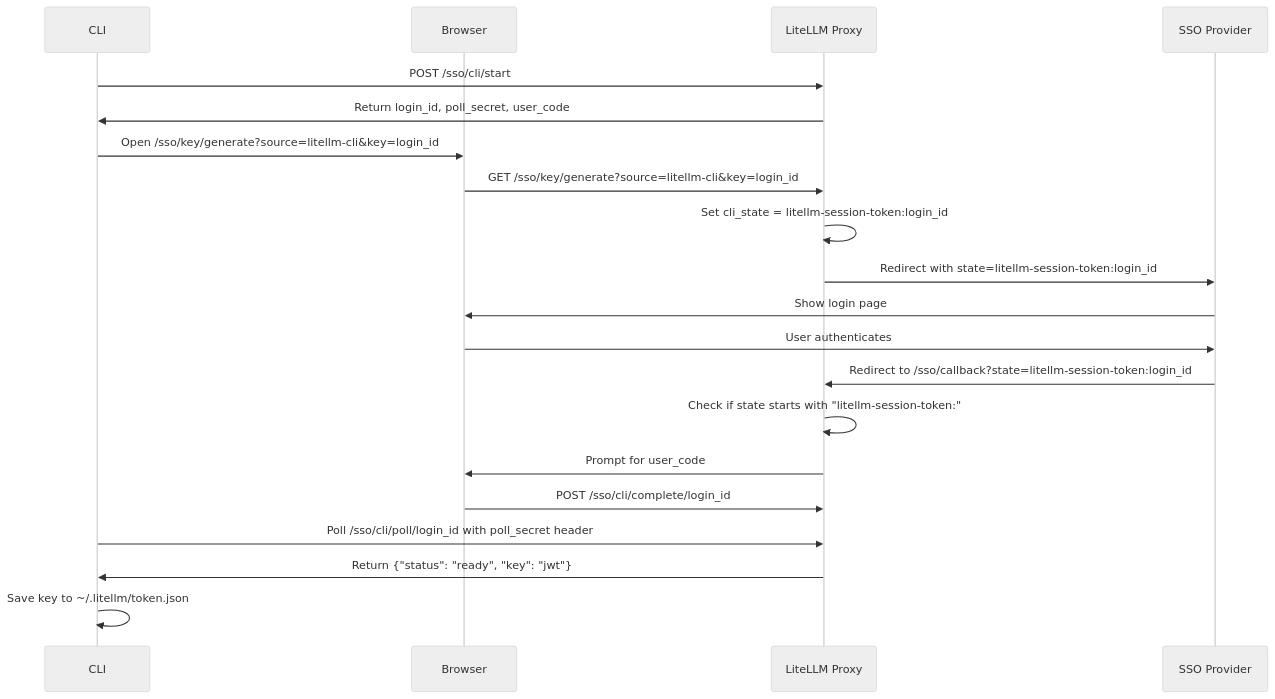
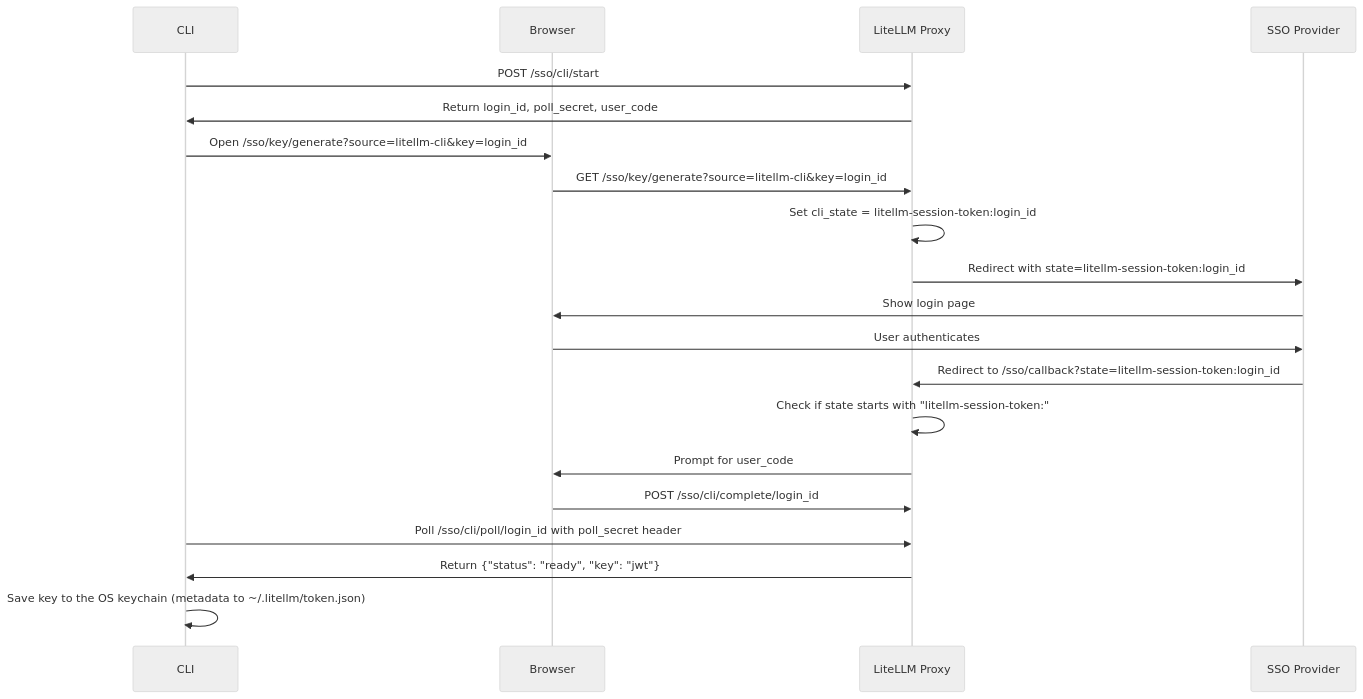
The diagram in litellm/proxy/client/README.md (BerriAI/litellm), drawn with Mermaid (neutral theme) before and after one commit. The commit also changed other lines of this file and 21 other files, not shown here.

First line of the commit message:
feat(cli): store the lite login credential in the OS keychain

````diff
--- a/litellm/proxy/client/README.md
+++ b/litellm/proxy/client/README.md
@@ -309,27 +309,27 @@
 ```mermaid
 sequenceDiagram
     participant CLI as CLI
     participant Browser as Browser
     participant Proxy as LiteLLM Proxy
     participant SSO as SSO Provider
     
     CLI->>Proxy: POST /sso/cli/start
     Proxy->>CLI: Return login_id, poll_secret, user_code
     CLI->>Browser: Open /sso/key/generate?source=litellm-cli&key=login_id
     
     Browser->>Proxy: GET /sso/key/generate?source=litellm-cli&key=login_id
     Proxy->>Proxy: Set cli_state = litellm-session-token:login_id
     Proxy->>SSO: Redirect with state=litellm-session-token:login_id
     
     SSO->>Browser: Show login page
     Browser->>SSO: User authenticates
     SSO->>Proxy: Redirect to /sso/callback?state=litellm-session-token:login_id
     
     Proxy->>Proxy: Check if state starts with "litellm-session-token:"
     Proxy->>Browser: Prompt for user_code
     Browser->>Proxy: POST /sso/cli/complete/login_id
     
     CLI->>Proxy: Poll /sso/cli/poll/login_id with poll_secret header
     Proxy->>CLI: Return {"status": "ready", "key": "jwt"}
-    CLI->>CLI: Save key to ~/.litellm/token.json
+    CLI->>CLI: Save key to the OS keychain (metadata to ~/.litellm/token.json)
 ```
````
